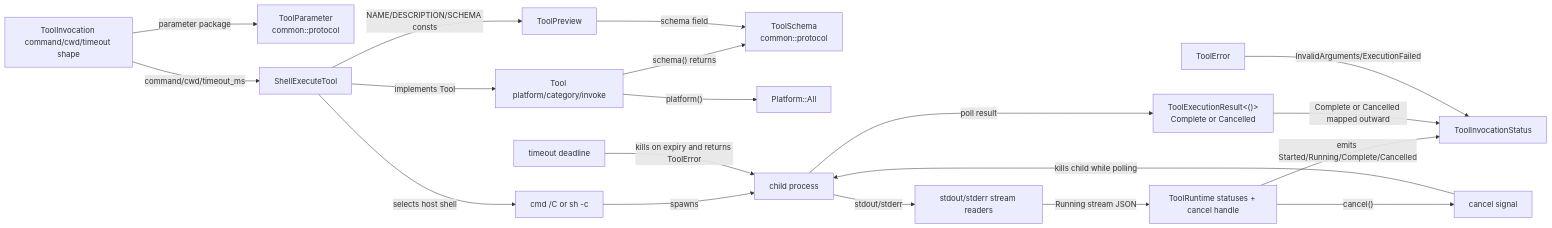
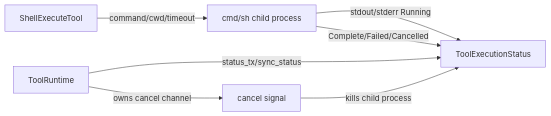
The diagram in src/client/tool/native/shell/.workflow.mmd (DexterDreeeam/Marix), drawn with Mermaid before and after one commit. The commit also changed 77 other files, not shown here.

```diff
--- a/src/client/tool/native/shell/.workflow.mmd
+++ b/src/client/tool/native/shell/.workflow.mmd
@@ -1,36 +1,7 @@
 flowchart LR
-  ToolPreview["ToolPreview"]
-  ToolSchema["ToolSchema\ncommon::protocol"]
-  ToolParameter["ToolParameter\ncommon::protocol"]
-  ToolTrait["Tool platform/category/invoke"]
-  PlatformAll["Platform::All"]
-  ToolInvocation["ToolInvocation command/cwd/timeout shape"]
-  ToolRuntime["ToolRuntime statuses + cancel handle"]
-  ToolInvocationStatus["ToolInvocationStatus"]
-  ToolExecutionResult["ToolExecutionResult<()>\nComplete or Cancelled"]
-  CancelSignal["cancel signal"]
-  ToolError["ToolError"]
-  ShellExecuteTool["ShellExecuteTool"]
-  ShellCommand["cmd /C or sh -c"]
-  ChildProcess["child process"]
-  StreamReaders["stdout/stderr stream readers"]
-  Timeout["timeout deadline"]
-
-  ShellExecuteTool -->|"implements Tool"| ToolTrait
-  ToolTrait -->|"platform()"| PlatformAll
-  ShellExecuteTool -->|"NAME/DESCRIPTION/SCHEMA consts"| ToolPreview
-  ToolTrait -->|"schema() returns"| ToolSchema
-  ToolPreview -->|"schema field"| ToolSchema
-  ToolInvocation -->|"parameter package"| ToolParameter
-  ToolInvocation -->|"command/cwd/timeout_ms"| ShellExecuteTool
-  ShellExecuteTool -->|"selects host shell"| ShellCommand
-  ShellCommand -->|"spawns"| ChildProcess
-  ChildProcess -->|"stdout/stderr"| StreamReaders
-  StreamReaders -->|"Running stream JSON"| ToolRuntime
-  Timeout -->|"kills on expiry and returns ToolError"| ChildProcess
-  ToolRuntime -->|"emits Started/Running/Complete/Cancelled"| ToolInvocationStatus
-  ToolRuntime -->|"cancel()"| CancelSignal
-  CancelSignal -->|"kills child while polling"| ChildProcess
-  ChildProcess -->|"poll result"| ToolExecutionResult
-  ToolExecutionResult -->|"Complete or Cancelled mapped outward"| ToolInvocationStatus
-  ToolError -->|"InvalidArguments/ExecutionFailed"| ToolInvocationStatus
+  ShellExecuteTool["ShellExecuteTool"] -->|"command/cwd/timeout"| Child["cmd/sh child process"]
+  Child -->|"stdout/stderr Running"| ToolExecutionStatus["ToolExecutionStatus"]
+  Child -->|"Complete/Failed/Cancelled"| ToolExecutionStatus
+  ToolRuntime["ToolRuntime"] -->|"owns cancel channel"| Cancel["cancel signal"]
+  ToolRuntime -->|"status_tx/sync_status"| ToolExecutionStatus
+  Cancel -->|"kills child process"| ToolExecutionStatus
```
